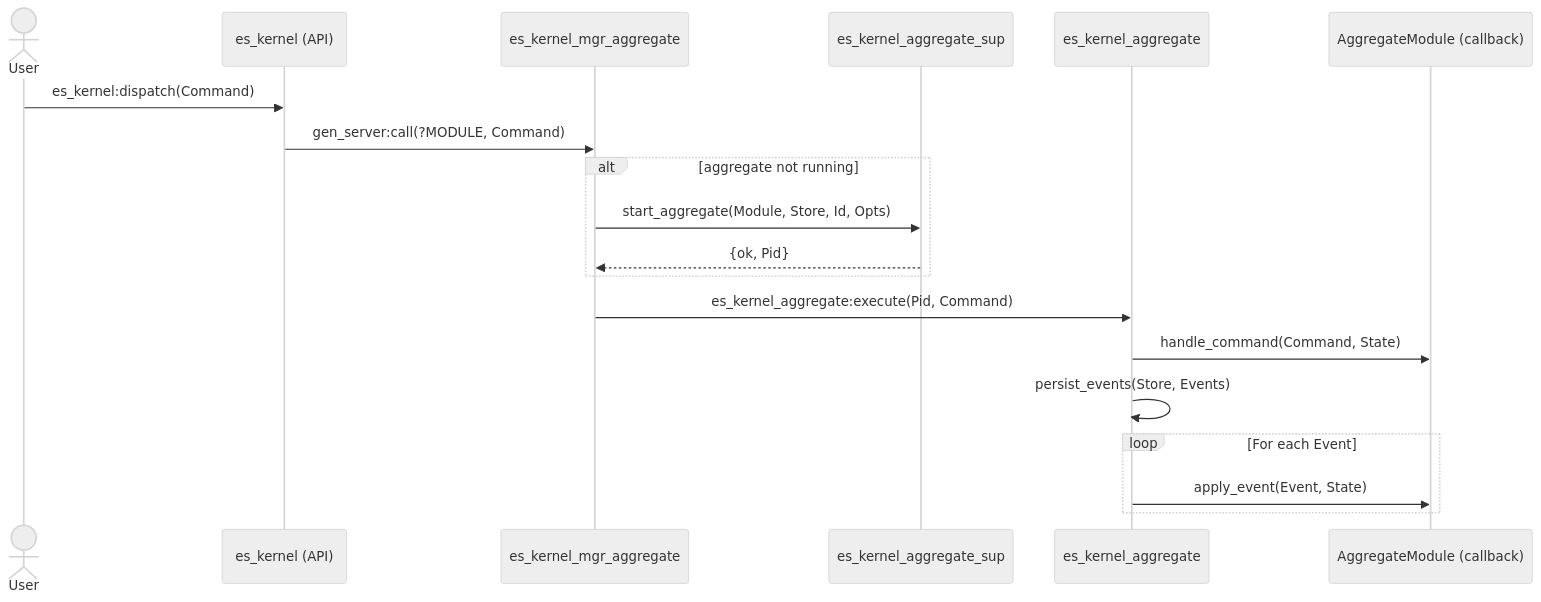
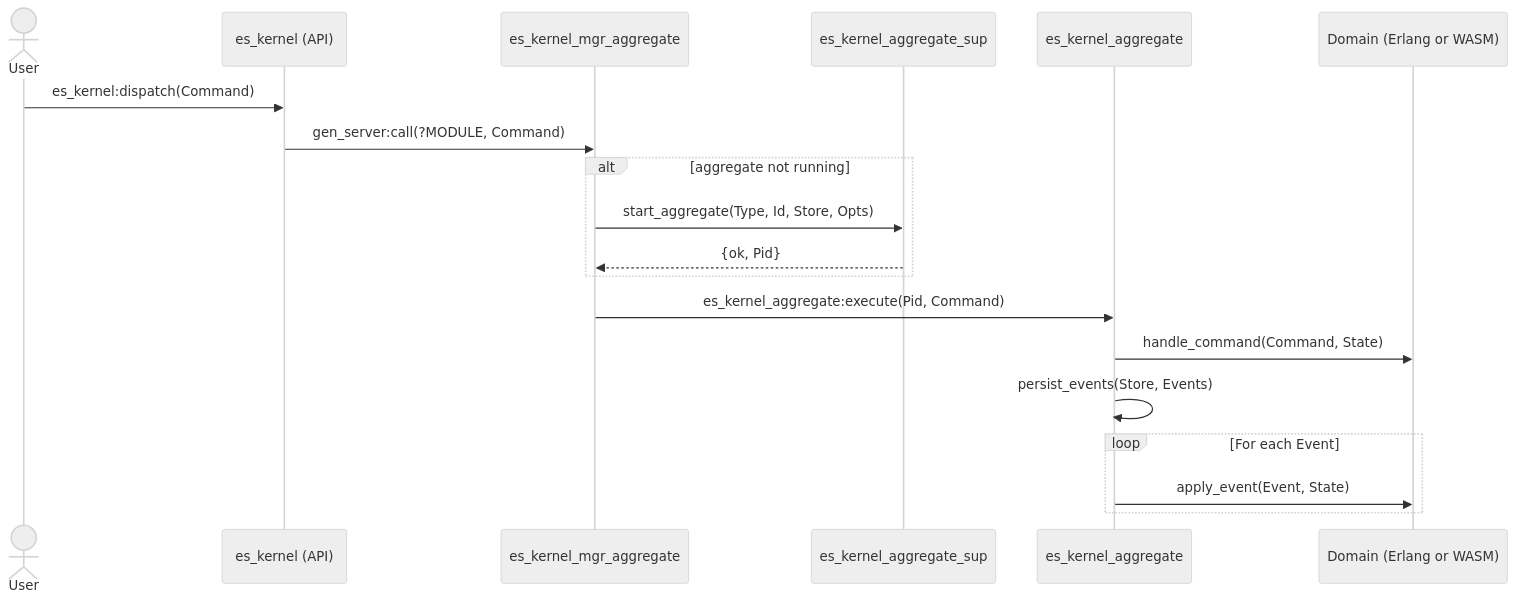
One commit to ccamel/erlang-event-sourcing-xp changed the first of 2 diagrams in README.md. Above: the diagram before and after it, drawn with Mermaid (neutral theme). The commit also changed other lines of this file, not shown here.

Commit message:
docs(README): include WASM domain integration details

````diff
--- a/README.md
+++ b/README.md
@@ -305,25 +306,25 @@
 ```mermaid
 sequenceDiagram
     actor User
     participant Kernel as es_kernel (API)
     participant AggMgr as es_kernel_mgr_aggregate
     participant AggSup as es_kernel_aggregate_sup
     participant Agg as es_kernel_aggregate
-    participant DomainModule as AggregateModule (callback)
+    participant DomainModule as Domain (Erlang or WASM)
 
     User ->> Kernel: es_kernel:dispatch(Command)
     Kernel ->> AggMgr: gen_server:call(?MODULE, Command)
 
     alt aggregate not running
-        AggMgr ->> AggSup: start_aggregate(Module, Store, Id, Opts)
+        AggMgr ->> AggSup: start_aggregate(Type, Id, Store, Opts)
         AggSup -->> AggMgr: {ok, Pid}
     end
 
     AggMgr ->> Agg: es_kernel_aggregate:execute(Pid, Command)
     Agg ->> DomainModule: handle_command(Command, State)
     Agg ->> Agg: persist_events(Store, Events)
 
     loop For each Event
         Agg ->> DomainModule: apply_event(Event, State)
     end
 ```
````
